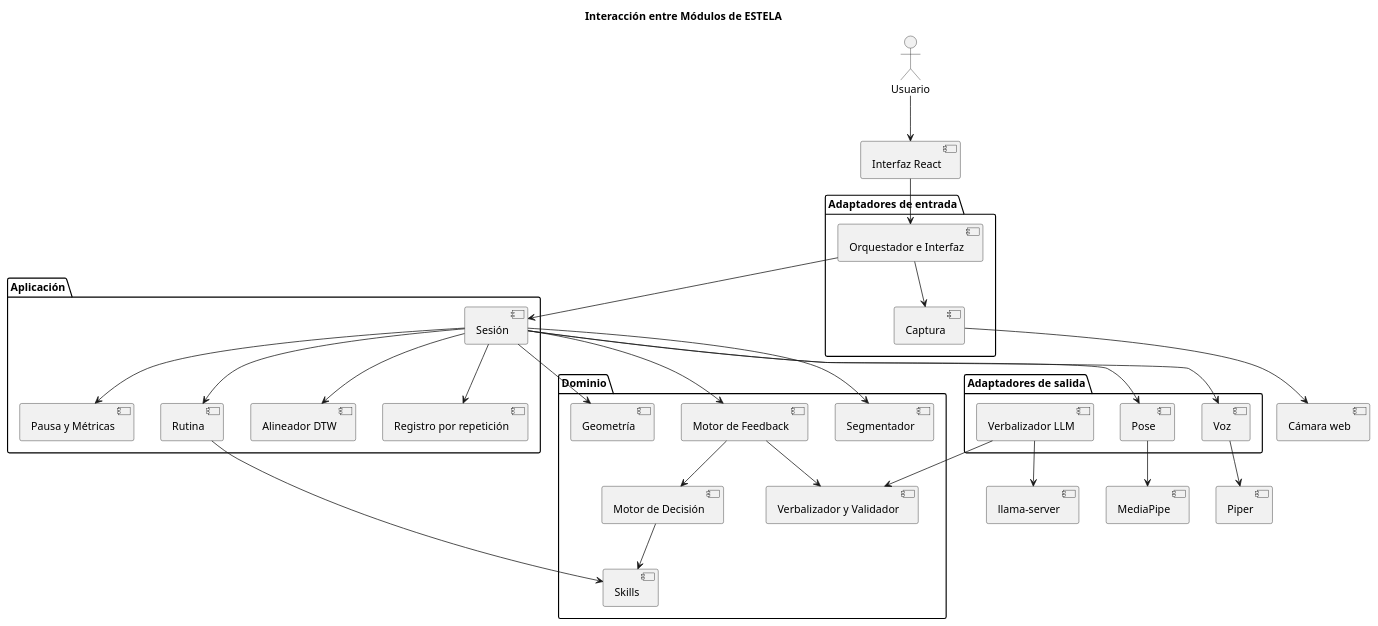
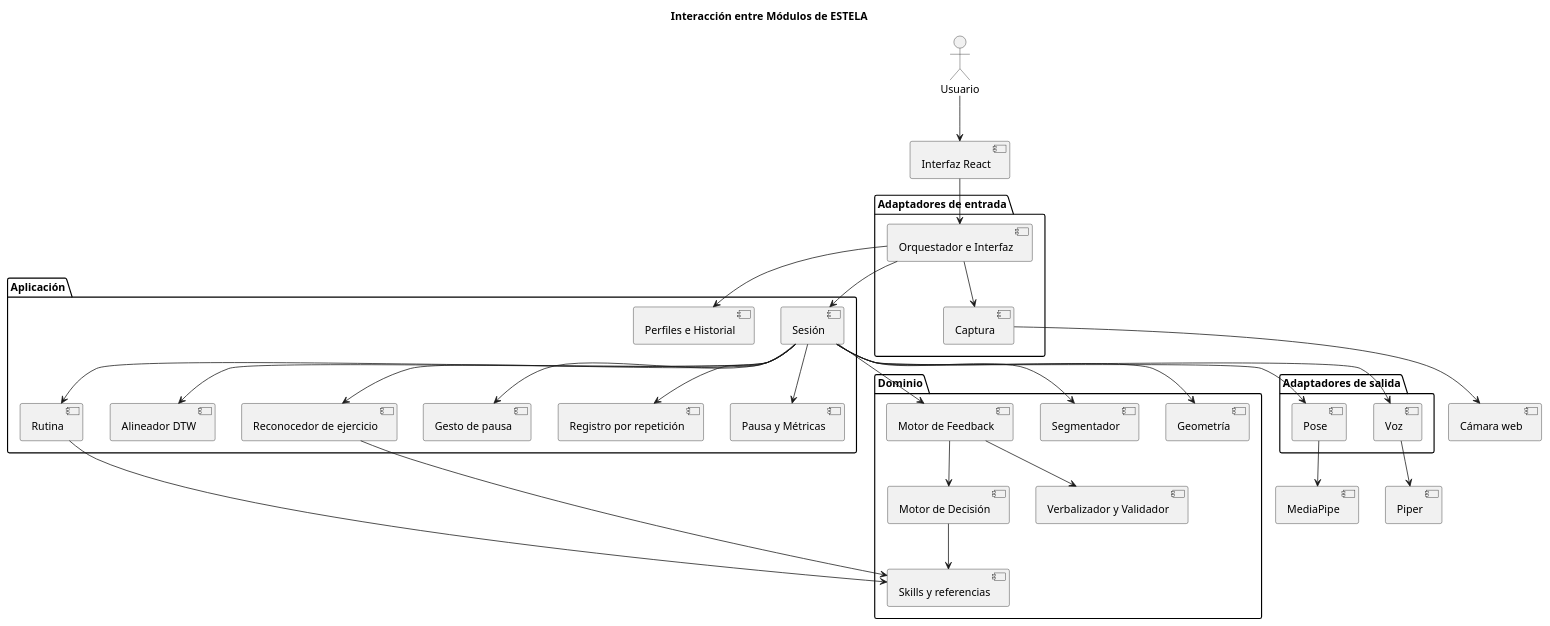
Before and after one commit to isaAJ05/ESTELA: the diagram in diagramas_estela_modelo_profe/test_diagrams/plantuml/interaccion-modulos.wsd, drawn with PlantUML. The commit also changed 44 other files, not shown here.

First line of the commit message:
docs(diagramas): actualizar los diagramas de la rama test

```diff
--- a/diagramas_estela_modelo_profe/test_diagrams/plantuml/interaccion-modulos.wsd
+++ b/diagramas_estela_modelo_profe/test_diagrams/plantuml/interaccion-modulos.wsd
@@ -1,65 +1,71 @@
 @startuml
 title Interacción entre Módulos de ESTELA
 
 actor Usuario
 [Interfaz React] as React
 
 package "Adaptadores de entrada" {
   [Orquestador e Interfaz] as ORQ
   [Captura] as CAP
 }
 
 package "Aplicación" {
   [Sesión] as SES
   [Rutina] as RUT
   [Alineador DTW] as DTW
+  [Reconocedor de ejercicio] as REC
+  [Gesto de pausa] as GES
   [Registro por repetición] as REG
   [Pausa y Métricas] as PAU
+  [Perfiles e Historial] as HIS
 }
 
 package "Dominio" {
   [Geometría] as GEO
   [Segmentador] as SEG
   [Motor de Feedback] as MF
   [Motor de Decisión] as DEC
   [Verbalizador y Validador] as VER
-  [Skills] as SKI
+  [Skills y referencias] as SKI
 }
 
 package "Adaptadores de salida" {
   [Pose] as POSE
   [Voz] as VOZ
-  [Verbalizador LLM] as VLLM
 }
 
 [Cámara web] as Cam
 [MediaPipe] as MP
 [Piper] as Piper
-[llama-server] as LLM
 
 Usuario --> React
 React --> ORQ
 ORQ --> CAP
 ORQ --> SES
+ORQ --> HIS
 CAP --> Cam
 
 SES --> RUT
 SES --> DTW
+SES --> REC
+SES --> GES
 SES --> REG
 SES --> PAU
 SES --> GEO
 SES --> SEG
 SES --> MF
 SES --> POSE
 SES --> VOZ
 
 MF --> DEC
 MF --> VER
 DEC --> SKI
 RUT --> SKI
+REC --> SKI
 
-VLLM --> VER
 POSE --> MP
 VOZ --> Piper
-VLLM --> LLM
+' En test el verbalizador con LLM (llama-server) solo lo usa el banco de
+' pruebas de EXP-001, fuera del producto: no se dibuja aquí (sí en
+' diagramas/definitivos/).
 @enduml
```
